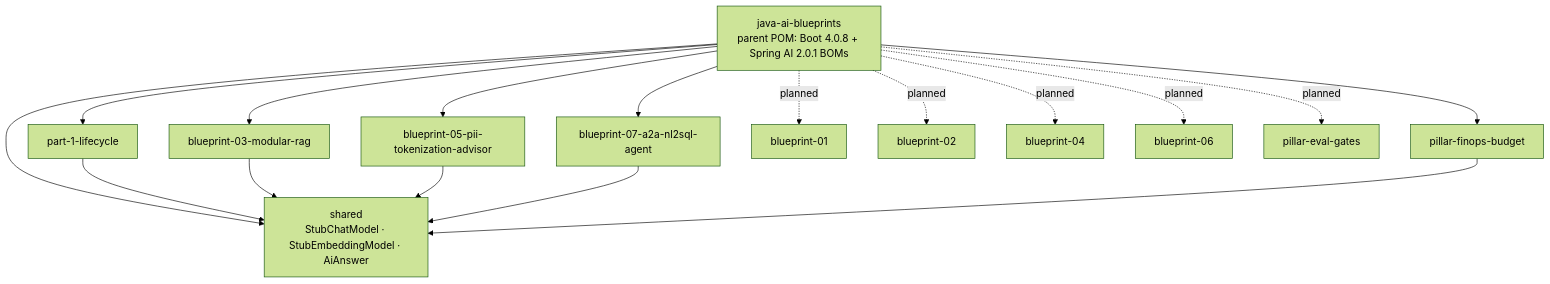
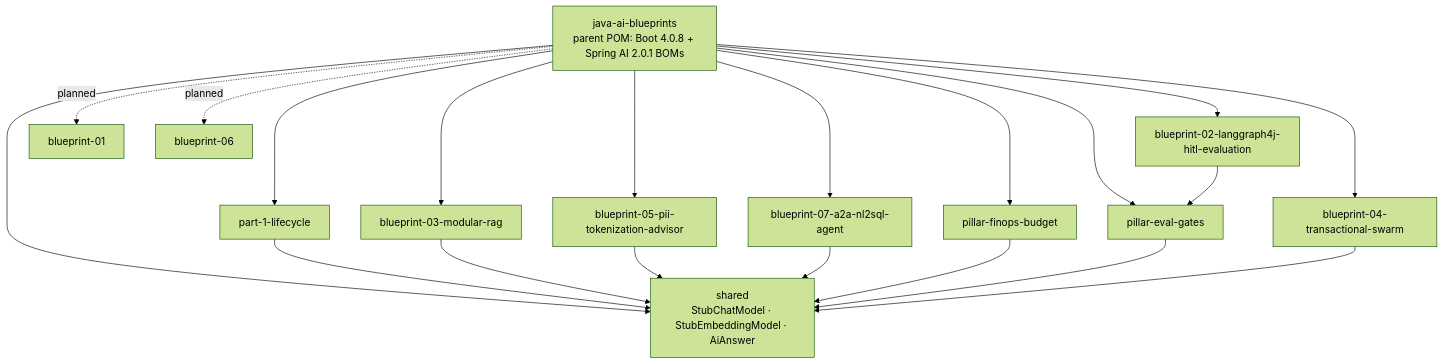
Before and after one commit to aaron-samuvel/java-ai-blueprints: the first of 3 diagrams in docs/architecture.md, drawn with Mermaid (forest theme). The commit also changed 6 other files, not shown here.

Commit message:
docs: update README, mapping, architecture, version notes, progress and CHANGELOG for M4

````diff
--- a/docs/architecture.md
+++ b/docs/architecture.md
@@ -6,16 +6,22 @@
 ```mermaid
 flowchart TB
   root[java-ai-blueprints<br/>parent POM: Boot 4.0.8 + Spring AI 2.0.1 BOMs]
   root --> shared[shared<br/>StubChatModel · StubEmbeddingModel · AiAnswer]
   root --> p1[part-1-lifecycle]
   root --> b3[blueprint-03-modular-rag]
   root --> b5[blueprint-05-pii-tokenization-advisor]
   root --> b7[blueprint-07-a2a-nl2sql-agent]
+  root --> b2[blueprint-02-langgraph4j-hitl-evaluation]
+  root --> b4[blueprint-04-transactional-swarm]
+  root --> ev[pillar-eval-gates]
   root --> fin[pillar-finops-budget]
   p1 --> shared
   b3 --> shared
   b5 --> shared
   b7 --> shared
   fin --> shared
-  root -.planned.-> b1[blueprint-01] & b2[blueprint-02] & b4[blueprint-04] & b6[blueprint-06] & ev[pillar-eval-gates]
+  ev --> shared
+  b2 --> ev
+  b4 --> shared
+  root -.planned.-> b1[blueprint-01] & b6[blueprint-06]
 ```
````
